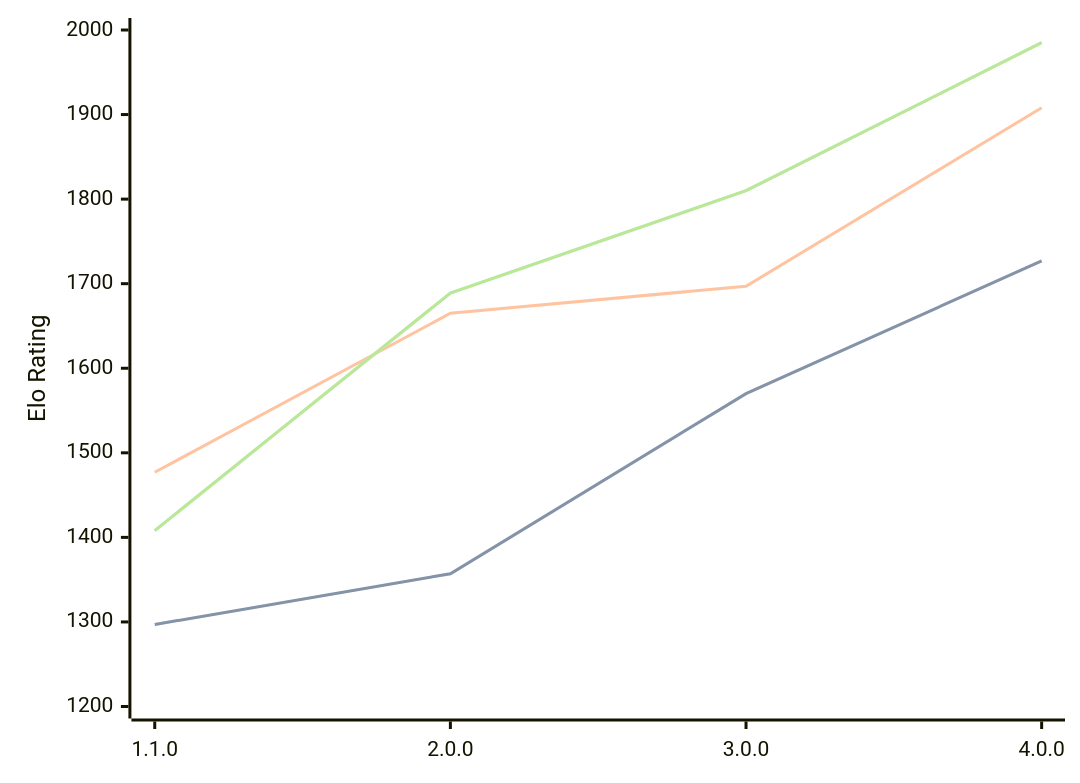
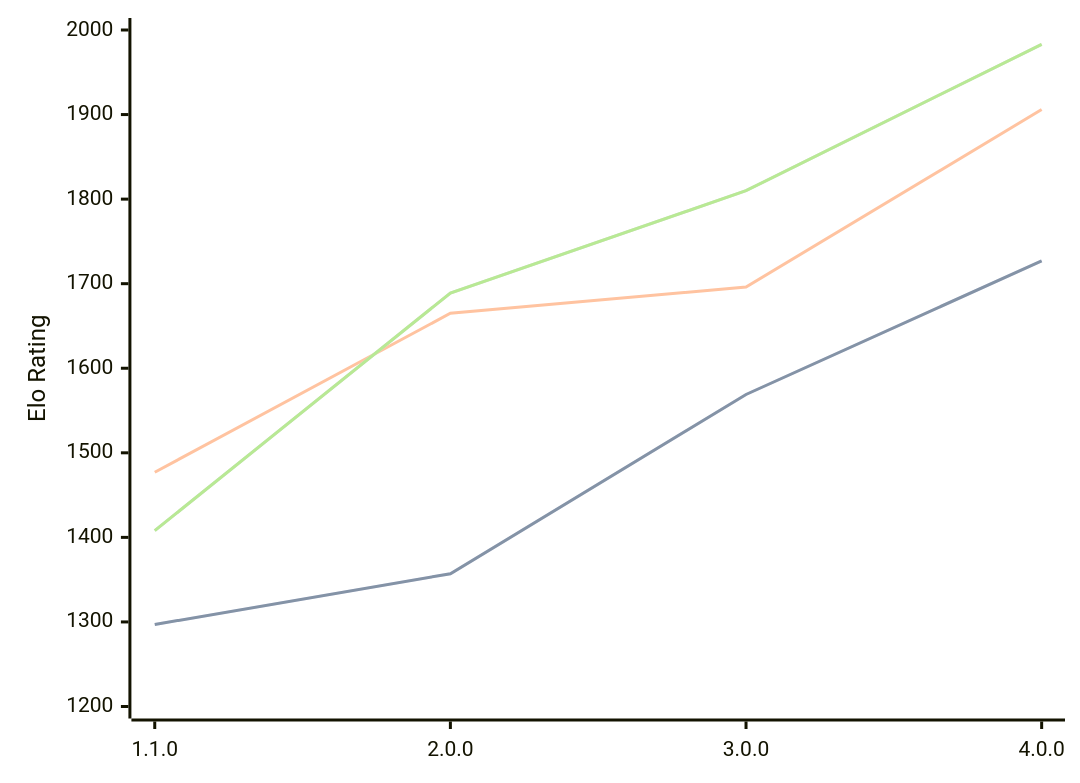
One commit to computer-chess-index/cci changed the diagram in engines/Laura.md. Above: the diagram before and after it, drawn with Mermaid. The commit also changed other lines of this file, not shown here.

Commit message:
Update CCI Ratings (ELO VLTC) - 2026-08-28

````diff
--- a/engines/Laura.md
+++ b/engines/Laura.md
@@ -34,11 +34,11 @@
 ```mermaid
 %%{init: {"theme":"base","themeVariables":{"seriesColors:['#a3a3a3','#222221','#faa371']}}}%%
 xychart-beta
   x-axis ["1.1.0", "2.0.0", "3.0.0", "4.0.0"]
   y-axis "Elo Rating" 1200 --> 2000
-  line "" [1297, 1357, 1570, 1727]
-  line "STC (8.0+0.08s)" [1297, 1357, 1570, 1727]
-  line "LTC (60.0+0.60s)" [1477, 1665, 1697, 1908]
-  line "" [1408, 1689, 1810, 1985]
-  line "VLTC (2m24s+1.12s)" [1408, 1689, 1810, 1985]
+  line "" [1297, 1357, 1569, 1727]
+  line "STC (8.0+0.08s)" [1297, 1357, 1569, 1727]
+  line "LTC (60.0+0.60s)" [1477, 1665, 1696, 1906]
+  line "" [1408, 1689, 1810, 1983]
+  line "VLTC (2m24s+1.12s)" [1408, 1689, 1810, 1983]
 ```
````
